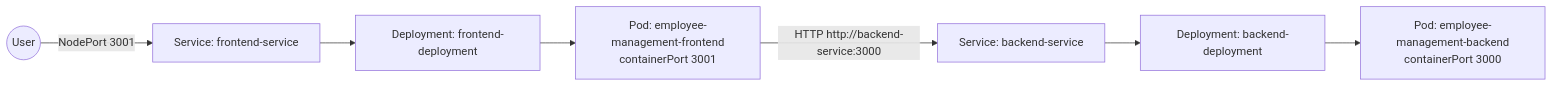
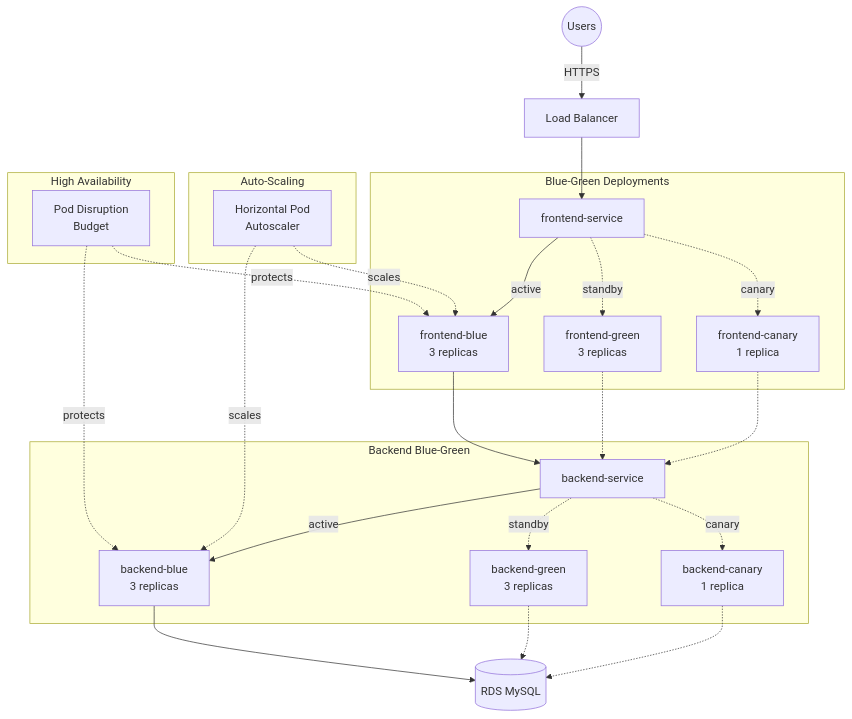
One commit to Ashh-arch38/employee-management-system changed the diagram in kubernetes/README.md. Above: the diagram before and after it, drawn with Mermaid. The commit also changed other lines of this file and 32 other files, not shown here.

Commit message:
feat(deployment): add canary and blue-green deployment scripts and configurations

````diff
--- a/kubernetes/README.md
+++ b/kubernetes/README.md
@@ -5,9 +5,35 @@
 ```mermaid
-flowchart LR
-    Client((User)) -->|NodePort 3001| FrontendSvc[Service: frontend-service]
-    FrontendSvc --> FrontendDeploy[Deployment: frontend-deployment]
-    FrontendDeploy --> FrontendPod[Pod: employee-management-frontend\ncontainerPort 3001]
-    FrontendPod -->|HTTP http://backend-service:3000| BackendSvc[Service: backend-service]
-    BackendSvc --> BackendDeploy[Deployment: backend-deployment]
-    BackendDeploy --> BackendPod[Pod: employee-management-backend\ncontainerPort 3000]
+flowchart TB
+    Client((Users)) -->|HTTPS| LB[Load Balancer]
+    LB --> FrontendSvc[frontend-service]
+
+    subgraph Blue-Green Deployments
+        FrontendSvc --> |active| FrontendBlue[frontend-blue\n3 replicas]
+        FrontendSvc -.-> |standby| FrontendGreen[frontend-green\n3 replicas]
+        FrontendSvc -.-> |canary| FrontendCanary[frontend-canary\n1 replica]
+    end
+
+    FrontendBlue --> BackendSvc[backend-service]
+    FrontendGreen -.-> BackendSvc
+    FrontendCanary -.-> BackendSvc
+
+    subgraph Backend Blue-Green
+        BackendSvc --> |active| BackendBlue[backend-blue\n3 replicas]
+        BackendSvc -.-> |standby| BackendGreen[backend-green\n3 replicas]
+        BackendSvc -.-> |canary| BackendCanary[backend-canary\n1 replica]
+    end
+
+    BackendBlue --> DB[(RDS MySQL)]
+    BackendGreen -.-> DB
+    BackendCanary -.-> DB
+
+    subgraph Auto-Scaling
+        HPA[Horizontal Pod\nAutoscaler] -.-> |scales| BackendBlue
+        HPA -.-> |scales| FrontendBlue
+    end
+
+    subgraph High Availability
+        PDB[Pod Disruption\nBudget] -.-> |protects| BackendBlue
+        PDB -.-> |protects| FrontendBlue
+    end
 ```
````
